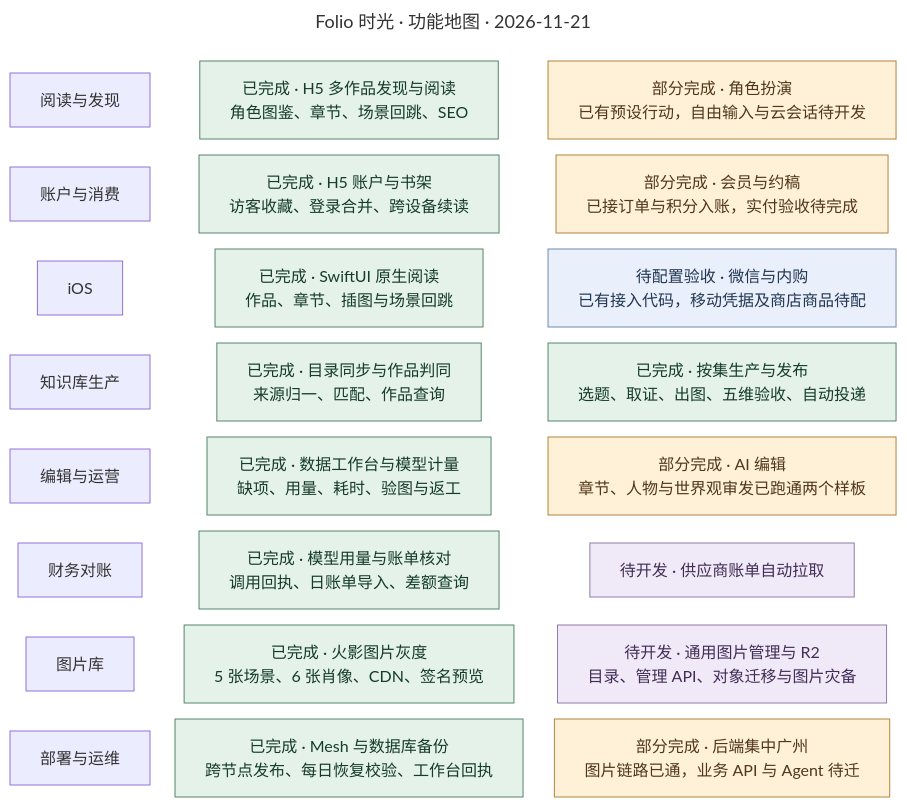
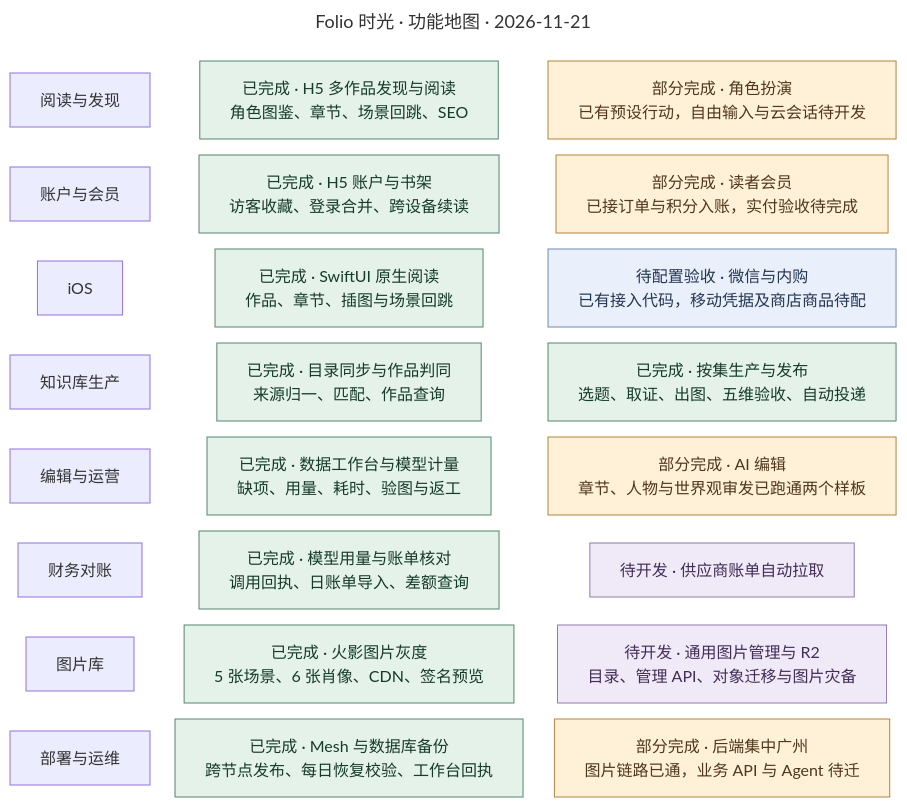
Before and after one commit to bluedao10000/player: the diagram in docs/diagrams/features.mmd, drawn with Mermaid. The commit also changed 743 other files, not shown here.

Commit message:
Separate the sync service and database resources, retire private commissions

```diff
--- a/docs/diagrams/features.mmd
+++ b/docs/diagrams/features.mmd
@@ -1,49 +1,49 @@
 ---
 title: Folio 时光 · 功能地图 · 2026-11-21
 config:
   flowchart:
     wrappingWidth: 320
     nodeSpacing: 16
     rankSpacing: 25
 ---
 flowchart LR
   read["阅读与发现"] ~~~ library["已完成 · H5 多作品发现与阅读<br/>角色图鉴、章节、场景回跳、SEO"] ~~~ play["部分完成 · 角色扮演<br/>已有预设行动，自由输入与云会话待开发"]
-  user["账户与消费"] ~~~ account["已完成 · H5 账户与书架<br/>访客收藏、登录合并、跨设备续读"] ~~~ payment["部分完成 · 会员与约稿<br/>已接订单与积分入账，实付验收待完成"]
+  user["账户与会员"] ~~~ account["已完成 · H5 账户与书架<br/>访客收藏、登录合并、跨设备续读"] ~~~ payment["部分完成 · 读者会员<br/>已接订单与积分入账，实付验收待完成"]
   mobile["iOS"] ~~~ ios["已完成 · SwiftUI 原生阅读<br/>作品、章节、插图与场景回跳"] ~~~ store["待配置验收 · 微信与内购<br/>已有接入代码，移动凭据及商店商品待配"]
   data["知识库生产"] ~~~ sync["已完成 · 目录同步与作品判同<br/>来源归一、匹配、作品查询"] ~~~ publish["已完成 · 按集生产与发布<br/>选题、取证、出图、五维验收、自动投递"]
   ops["编辑与运营"] ~~~ desk["已完成 · 数据工作台与模型计量<br/>缺项、用量、耗时、验图与返工"] ~~~ edit["部分完成 · AI 编辑<br/>章节、人物与世界观审发已跑通两个样板"]
   finance["财务对账"] ~~~ ledger["已完成 · 模型用量与账单核对<br/>调用回执、日账单导入、差额查询"] ~~~ bills["待开发 · 供应商账单自动拉取"]
   media["图片库"] ~~~ pilot["已完成 · 火影图片灰度<br/>5 张场景、6 张肖像、CDN、签名预览"] ~~~ assets["待开发 · 通用图片管理与 R2<br/>目录、管理 API、对象迁移与图片灾备"]
   infra["部署与运维"] ~~~ backup["已完成 · Mesh 与数据库备份<br/>跨节点发布、每日恢复校验、工作台回执"] ~~~ cloud["部分完成 · 后端集中广州<br/>图片链路已通，业务 API 与 Agent 待迁"]
   classDef done fill:#e5f2e9,stroke:#55856c,color:#153b2c
   classDef partial fill:#fff1d7,stroke:#b3833d,color:#50371c
   classDef todo fill:#f0eaf8,stroke:#917bab,color:#412d56
   classDef pending fill:#e9effb,stroke:#7189ae,color:#233752
   class library,account,ios,sync,publish,desk,pilot,backup,ledger done
   class play,payment,edit,cloud partial
   class store pending
   class assets,bills todo
 %% read | 读者从公开作品页进入人物、章节和场景。 | docs/功能地图.md
 %% library | 首页和目录支持多作品，SSR、canonical、JSON-LD 与 sitemap 已通过公网验收。 | docs/架构实现核验.md
 %% play | 原创角色支持预设剧情行动与本地存档。读者自由输入、持久角色状态与跨设备续玩待接入。 | apps/web/src/features/post/roleplay-controls.tsx
-%% user | 涵盖 H5 身份、书架、会员与约稿。 | docs/读者账户/设计.md
-%% account | 邮箱登录后可合并或跳过本机记录，在新设备恢复到原段落。 | apps/api/internal/knowledge/reader_test.go
-%% payment | Free、Plus、Pro、会员订单与积分入账已有实现。预付约稿可下单、履约和查流水；读者会员积分消费入口待开发。 | docs/功能地图.md
+%% user | 涵盖 H5 身份、书架、读者会员。 | docs/读者账户/设计.md
+%% account | 邮箱登录后可合并或跳过本机记录，在新设备恢复到原段落。 | apps/api/internal/handler/knowledge/reader_test.go
+%% payment | Free、Plus、Pro、会员订单与积分入账已有实现。读者会员积分消费入口待开发。 | docs/功能地图.md
 %% mobile | 原生阅读与发行、登录及商店配置分别验收。 | apps/ios/README.md
 %% ios | 模拟器已从正式站进入火影章节并解码 11 张图。角色与场景入口支持回到原段。 | apps/ios/Folio/Reading.swift
 %% store | 微信移动应用凭据、App Store 商品配置与真机支付验收待完成。 | apps/ios/README.md
 %% data | 知识库以 PostgreSQL 保存来源、业务作品和定稿指针。 | docs/knowledge-base.md
-%% sync | 目录按版本同步，规则归并与 AI 辅助判同支持候选审计。 | apps/api/internal/knowledge/curation.go
-%% publish | 数据服务按分集配置调度 Pi；通过五维验收后按定稿指纹投递并校验公开路径。 | apps/api/cmd/reader-release
+%% sync | 目录按版本同步，规则归并与 AI 辅助判同支持候选审计。 | apps/api/internal/service/knowledge/curation.go
+%% publish | 数据服务按分集配置调度 Pi；通过五维验收后按定稿指纹投递并校验公开路径。 | apps/sync/cmd/reader-release
 %% ops | 内部工作台区分内容审稿与运行观察。 | apps/web/src/routes/workbench.tsx
 %% desk | 跨研究、媒体与发布环节展示用量、缺项和失败记录。 | apps/web/src/features/workbench/feed.ts
 %% edit | 两个样板支持一句话修订章节、场景、人物及世界观，手机预览后整项审发。 | docs/功能地图.md
 %% finance | 按供应商、用途和模型追踪实际调用与账务差异。 | docs/模型用量与计费.md
-%% ledger | 已支持导入日账单并按币种核对。 | apps/api/internal/billing/reconciliation.sql
+%% ledger | 已支持导入日账单并按币种核对。 | database/queries/billing/reconciliation.sql
 %% bills | 供应商日账单仍需导入。 | docs/模型用量与计费.md
 %% media | 当前灰度和全站图片库按不同交付范围标记。 | docs/图片库架构.md
 %% pilot | 原 URL 经阿里云网关和 Mesh 到广州 Axum，libvips 预生成手机预览。 | deploy/image-pilot/README.md
 %% assets | 规划包括目录元数据、上传删除 API、S3/R2 存储切换与图片异机恢复。 | docs/图片库架构.md
 %% infra | 四个 Mesh 节点分别承担公网入口、制作、媒体与备份。 | docs/部署架构.md
 %% backup | 每日广州数据库快照在 K3s 恢复并逐表核对，内部面板保留成功回执、大小、耗时和失败原因。 | deploy/pg-backup/README.md
 %% cloud | 目标为阿里云前端和网关、广州业务与 Pi、硅谷轻量模型出口。已完成的网关读图限定火影试点。 | docs/部署架构.md
```
